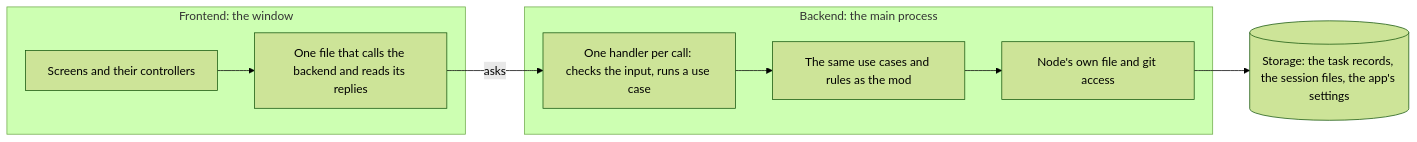
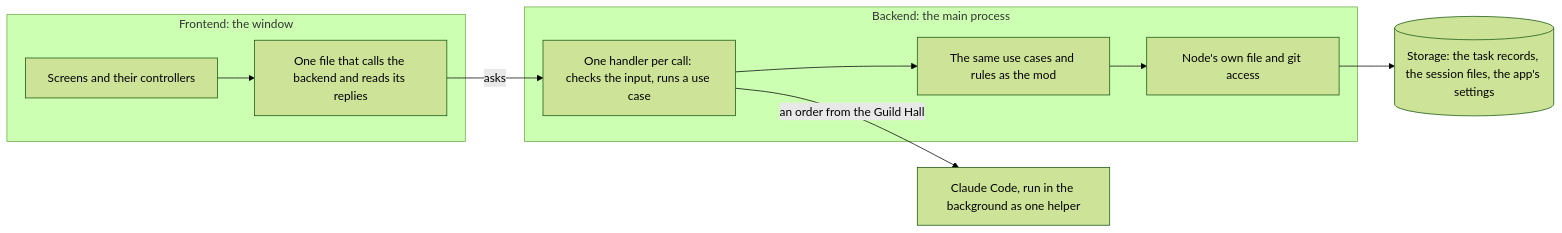
One commit to whoseunassailable/queue-tea changed the third of 3 diagrams in docs/architecture.md. Above: the diagram before and after it, drawn with Mermaid (forest theme). The commit also changed other lines of this file and 113 other files, not shown here.

````diff
--- a/docs/architecture.md
+++ b/docs/architecture.md
@@ -162,12 +162,13 @@
 ```mermaid
 flowchart LR
   subgraph front["Frontend: the window"]
     page["Screens and their controllers"] --> client["One file that calls the backend and reads its replies"]
   end
   subgraph back["Backend: the main process"]
     handler["One handler per call: checks the input, runs a use case"] --> rules["The same use cases and rules as the mod"]
     rules --> node["Node's own file and git access"]
   end
   client -->|"asks"| handler
+  handler -->|"an order from the Guild Hall"| claude["Claude Code, run in the background as one helper"]
   node --> store[("Storage: the task records, the session files, the app's settings")]
 ```
````
